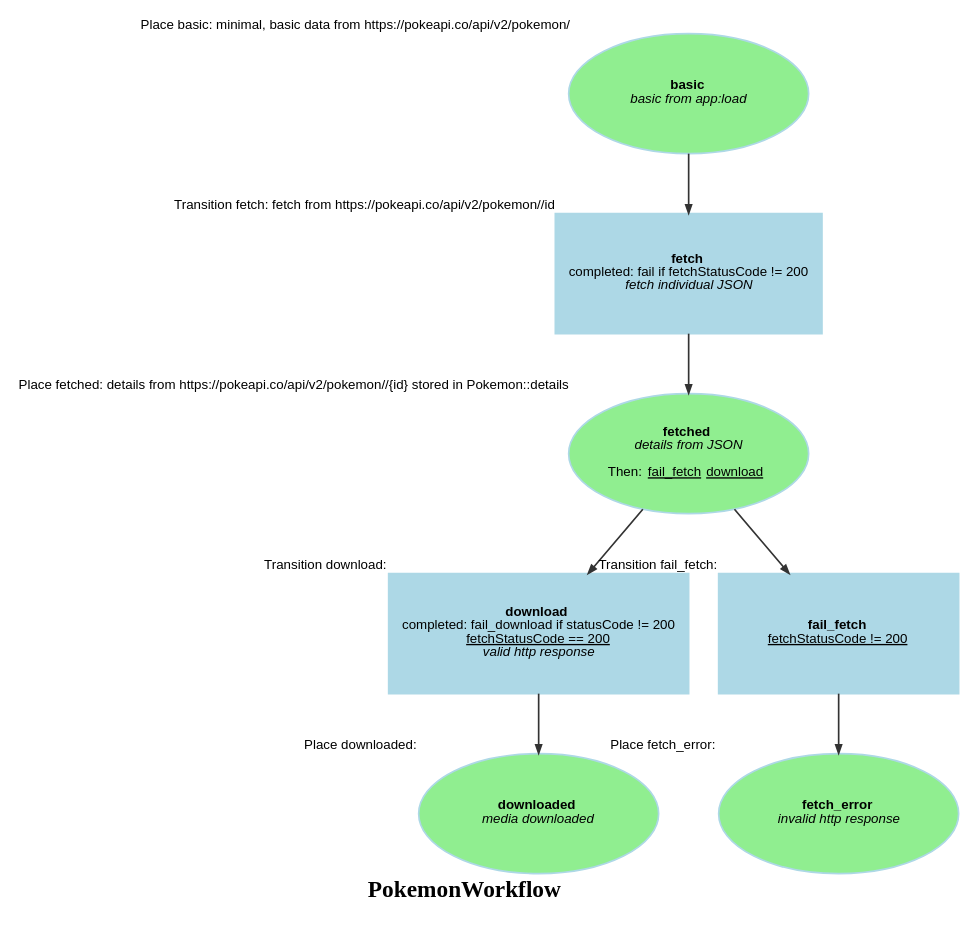
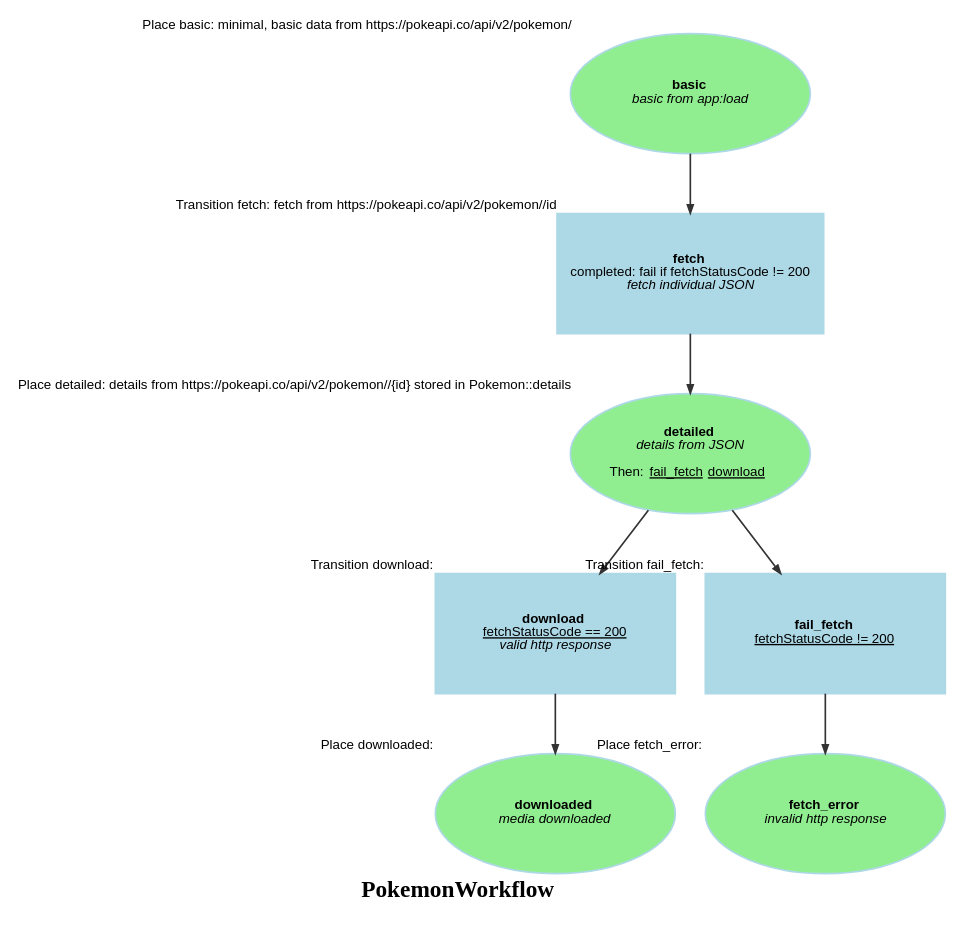
The diagram in doc/assets/PokemonWorkflow.dot (survos-sites/pokemon), drawn with Graphviz before and after one commit. The commit also changed 10 other files, not shown here.

```diff
--- a/doc/assets/PokemonWorkflow.dot
+++ b/doc/assets/PokemonWorkflow.dot
@@ -1,19 +1,19 @@
 digraph workflow {
   ratio="compress" rankdir="TB" label=<<B>PokemonWorkflow</B>>
   node [fontsize="8" fontname="Arial" color="lightBlue" style="filled" fixedsize="false" width="2" height="1"];
   edge [fontsize="7" fontname="Arial" color="#333333" arrowhead="normal" arrowsize="0.5"];
 
   place_basic [label=<<B>basic</B><BR/><I>basic from app:load</I>>, shape=oval fillcolor="lightgreen" style="filled" xlabel="Place basic: minimal, basic data from https://pokeapi.co/api/v2/pokemon/"];
-  place_fetched [label=<<B>fetched</B><BR/><I>details from JSON</I><BR/><BR/>Then: <U>fail_fetch</U> <U>download</U> >, shape=oval fillcolor="lightgreen" style="filled" xlabel="Place fetched: details from https://pokeapi.co/api/v2/pokemon//{id} stored in Pokemon::details"];
+  place_detailed [label=<<B>detailed</B><BR/><I>details from JSON</I><BR/><BR/>Then: <U>fail_fetch</U> <U>download</U> >, shape=oval fillcolor="lightgreen" style="filled" xlabel="Place detailed: details from https://pokeapi.co/api/v2/pokemon//{id} stored in Pokemon::details"];
   place_downloaded [label=<<B>downloaded</B><BR/><I>media downloaded</I>>, shape=oval fillcolor="lightgreen" style="filled" xlabel="Place downloaded: "];
   place_fetch_error [label=<<B>fetch_error</B><BR/><I>invalid http response</I>>, shape=oval fillcolor="lightgreen" style="filled" xlabel="Place fetch_error: "];
   transition_fetch [label=<<B>fetch</B><BR/>completed: fail if fetchStatusCode != 200<BR/><I>fetch individual JSON</I>>, shape="box" regular="" xlabel="Transition fetch: fetch from https://pokeapi.co/api/v2/pokemon//id"];
-  transition_download [label=<<B>download</B><BR/>completed: fail_download if statusCode != 200<BR/><U>fetchStatusCode == 200</U><BR/><I>valid http response</I>>, shape="box" regular="" xlabel="Transition download: "];
+  transition_download [label=<<B>download</B><BR/><U>fetchStatusCode == 200</U><BR/><I>valid http response</I>>, shape="box" regular="" xlabel="Transition download: "];
   transition_fail_fetch [label=<<B>fail_fetch</B><BR/><U>fetchStatusCode != 200</U>>, shape="box" regular="" xlabel="Transition fail_fetch: "];
   place_basic -> transition_fetch [style="solid", comment="basic"];
-  transition_fetch -> place_fetched [style="solid"];
-  place_fetched -> transition_download [style="solid", comment="fetched"];
+  transition_fetch -> place_detailed [style="solid"];
+  place_detailed -> transition_download [style="solid", comment="detailed"];
   transition_download -> place_downloaded [style="solid"];
-  place_fetched -> transition_fail_fetch [style="solid", comment="fetched"];
+  place_detailed -> transition_fail_fetch [style="solid", comment="detailed"];
   transition_fail_fetch -> place_fetch_error [style="solid"];
 }
```
